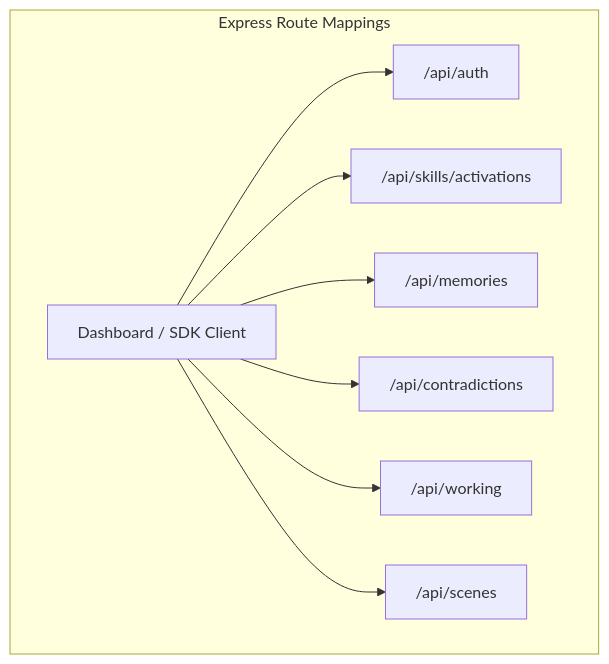
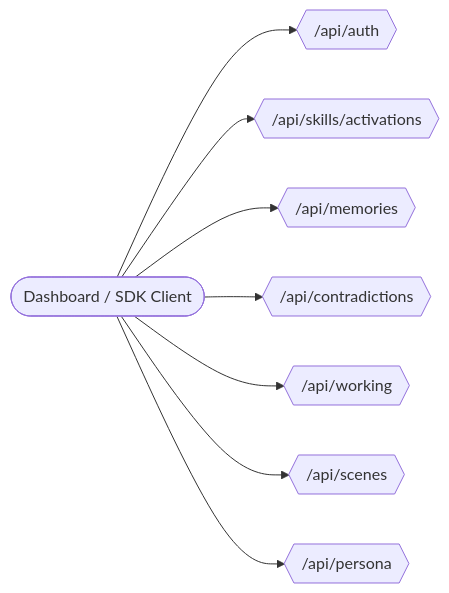
Before and after one commit to kinqsradiollc/BrainRouter: the fourth of 4 diagrams in BRAINROUTER.md, drawn with Mermaid. The commit also changed other lines of this file and 1 other file, not shown here.

Commit message:
docs: improve mermaid graph rendering for github dark mode and responsiveness

````diff
--- a/BRAINROUTER.md
+++ b/BRAINROUTER.md
@@ -242,12 +232,20 @@
 ```mermaid
 graph LR
-    subgraph "Express Route Mappings"
-        direction LR
-        client["Dashboard / SDK Client"] --> auth["/api/auth"]
-        client --> skills["/api/skills/activations"]
-        client --> memories["/api/memories"]
-        client --> contradictions["/api/contradictions"]
-        client --> working["/api/working"]
-        client --> scenes["/api/scenes"]
-    end
+    client([Dashboard / SDK Client])
+    
+    auth{{"/api/auth"}}
+    skills{{"/api/skills/activations"}}
+    memories{{"/api/memories"}}
+    contradictions{{"/api/contradictions"}}
+    working{{"/api/working"}}
+    scenes{{"/api/scenes"}}
+    persona{{"/api/persona"}}
+
+    client --> auth
+    client --> skills
+    client --> memories
+    client --> contradictions
+    client --> working
+    client --> scenes
+    client --> persona
 ```
````
